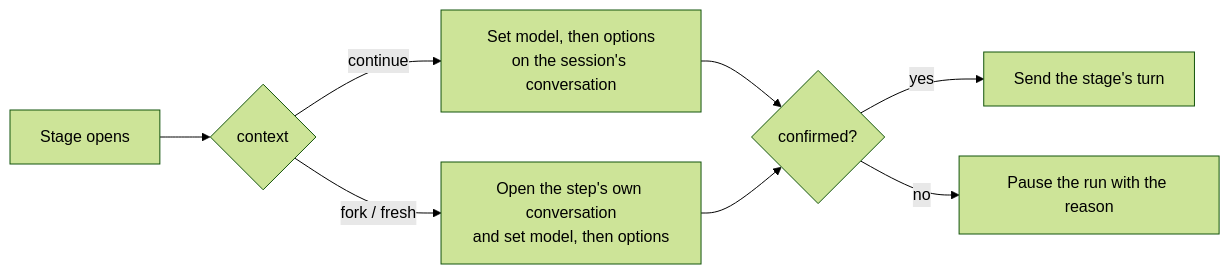
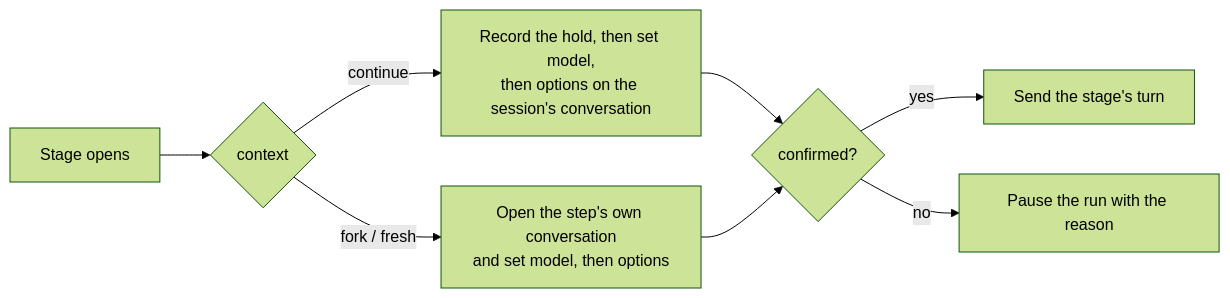
The diagram in docs/specs/workflow-agent-selection.md (Kapps/weavie), drawn with Mermaid (forest theme) before and after one commit. The commit also changed other lines of this file and 7 other files, not shown here.

````diff
--- a/docs/specs/workflow-agent-selection.md
+++ b/docs/specs/workflow-agent-selection.md
@@ -126,10 +154,10 @@
 ```mermaid
 flowchart LR
   Stage[Stage opens] --> Where{context}
-  Where -- continue --> Live[Set model, then options<br/>on the session's conversation]
+  Where -- continue --> Live[Record the hold, then set model,<br/>then options on the session's conversation]
   Where -- fork / fresh --> Own[Open the step's own conversation<br/>and set model, then options]
   Live --> Ok{confirmed?}
   Own --> Ok
   Ok -- yes --> Turn[Send the stage's turn]
   Ok -- no --> Pause[Pause the run with the reason]
 ```
````
